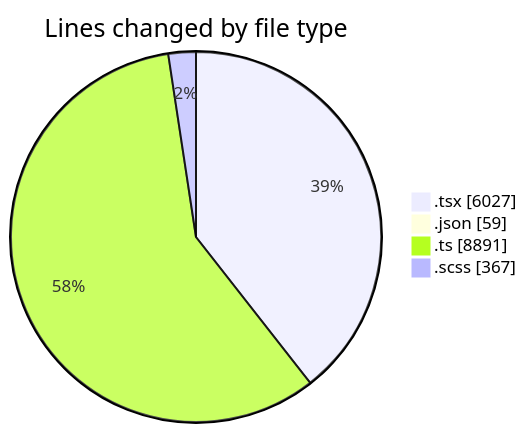
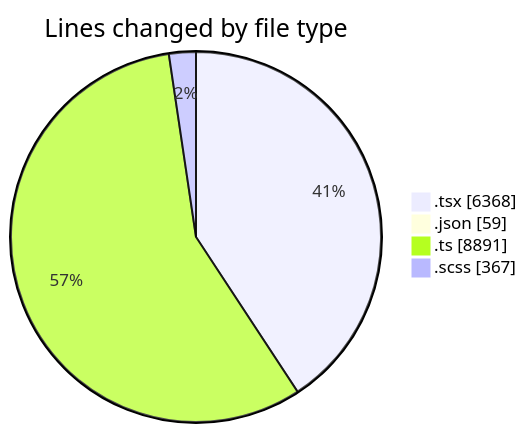
The first of 2 diagrams in 2025-11-24/cda/README.md (momahboobian/code-tracking), drawn with Mermaid before and after one commit. The commit also changed other lines of this file and 1 other file, not shown here.

````diff
--- a/2025-11-24/cda/README.md
+++ b/2025-11-24/cda/README.md
@@ -38,8 +39,8 @@
 ```mermaid
 pie showData
 title Lines changed by file type
-".tsx" : 6027
+".tsx" : 6368
 ".json" : 59
 ".ts" : 8891
 ".scss" : 367
 ```
````
